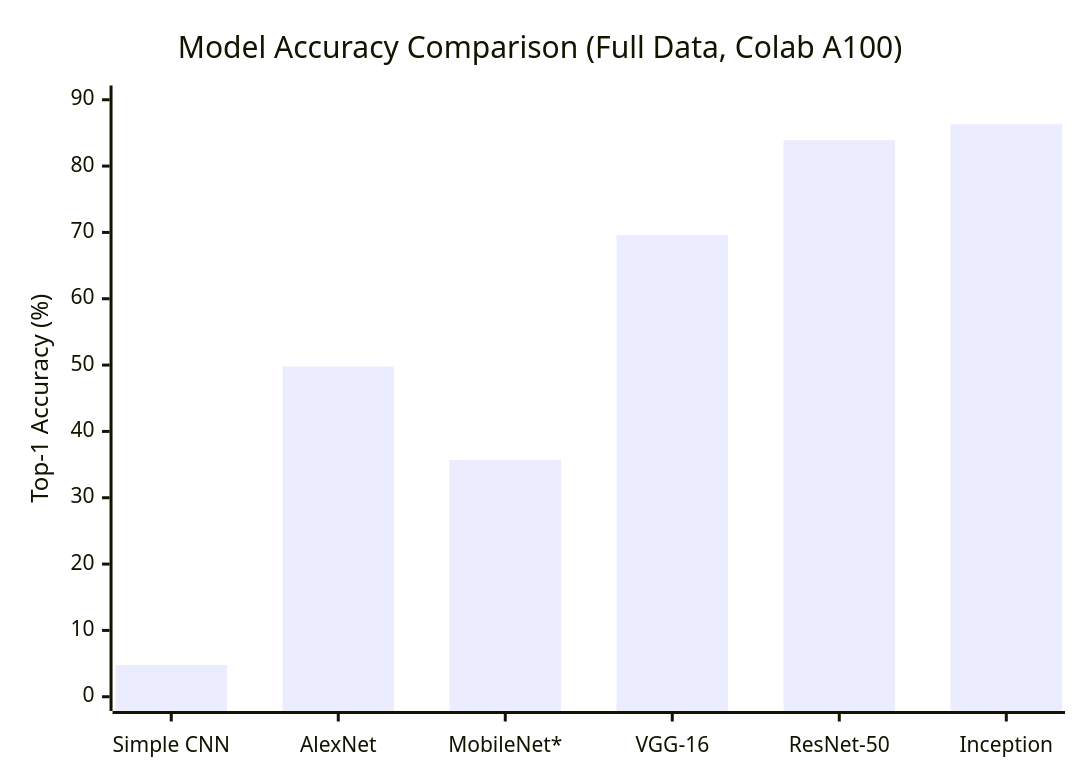
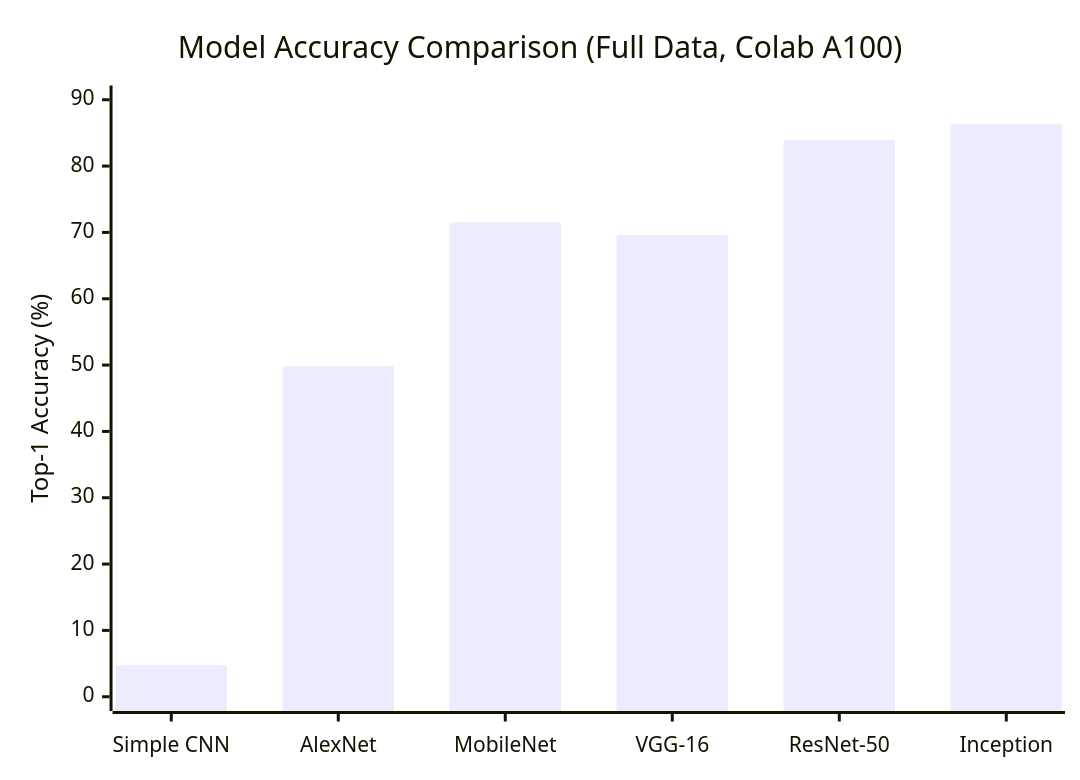
Diagram 16 of 31 in README.md (hadarwayn/L41-Which-dog-are-you-), drawn with Mermaid before and after one commit. The commit also changed other lines of this file, not shown here.

````diff
--- a/README.md
+++ b/README.md
@@ -358,7 +358,7 @@
 ```mermaid
 xychart-beta
     title "Model Accuracy Comparison (Full Data, Colab A100)"
-    x-axis ["Simple CNN", "AlexNet", "MobileNet*", "VGG-16", "ResNet-50", "Inception"]
+    x-axis ["Simple CNN", "AlexNet", "MobileNet", "VGG-16", "ResNet-50", "Inception"]
     y-axis "Top-1 Accuracy (%)" 0 --> 90
-    bar [4.8, 49.8, 35.7, 69.6, 83.9, 86.3]
+    bar [4.8, 49.8, 71.5, 69.6, 83.9, 86.3]
 ```
````
